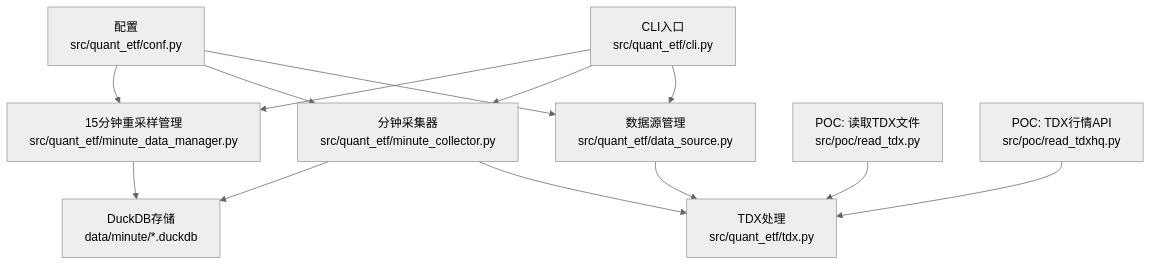
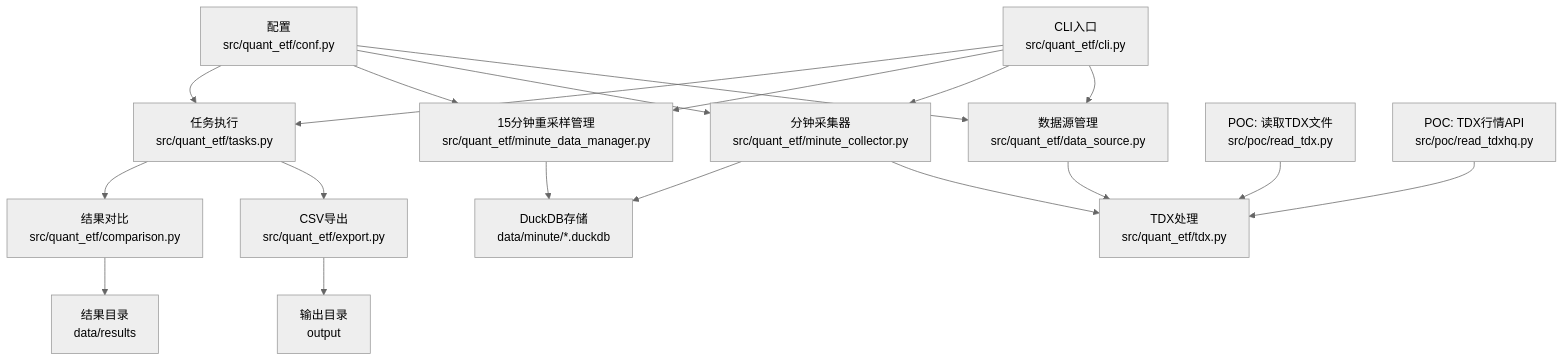
Before and after one commit to ldeng76/quant-ETF: the first of 9 diagrams in .qoder/repowiki/zh/content/数据处理系统/数据处理系统.md, drawn with Mermaid (neutral theme). The commit also changed other lines of this file and 11 other files, not shown here.

````diff
--- a/.qoder/repowiki/zh/content/数据处理系统/数据处理系统.md
+++ b/.qoder/repowiki/zh/content/数据处理系统/数据处理系统.md
@@ -42,15 +48,21 @@
 ```mermaid
 graph TB
 CLI["CLI入口<br/>src/quant_etf/cli.py"] --> DS["数据源管理<br/>src/quant_etf/data_source.py"]
 CLI --> MC["分钟采集器<br/>src/quant_etf/minute_collector.py"]
 CLI --> MDM["15分钟重采样管理<br/>src/quant_etf/minute_data_manager.py"]
+CLI --> TASKS["任务执行<br/>src/quant_etf/tasks.py"]
+TASKS --> EXPORT["CSV导出<br/>src/quant_etf/export.py"]
+TASKS --> COMPARE["结果对比<br/>src/quant_etf/comparison.py"]
 DS --> TDX["TDX处理<br/>src/quant_etf/tdx.py"]
 MC --> TDX
 MC --> DUCKDB["DuckDB存储<br/>data/minute/*.duckdb"]
 MDM --> DUCKDB
+COMPARE --> RESULTS["结果目录<br/>data/results"]
+EXPORT --> OUTPUT["输出目录<br/>output"]
 CONF["配置<br/>src/quant_etf/conf.py"] --> DS
 CONF --> MC
 CONF --> MDM
+CONF --> TASKS
 POC1["POC: 读取TDX文件<br/>src/poc/read_tdx.py"] --> TDX
 POC2["POC: TDX行情API<br/>src/poc/read_tdxhq.py"] --> TDX
 ```
````
